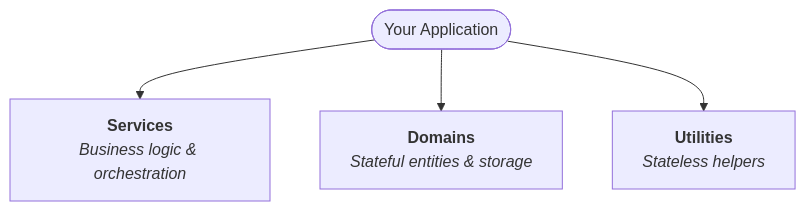
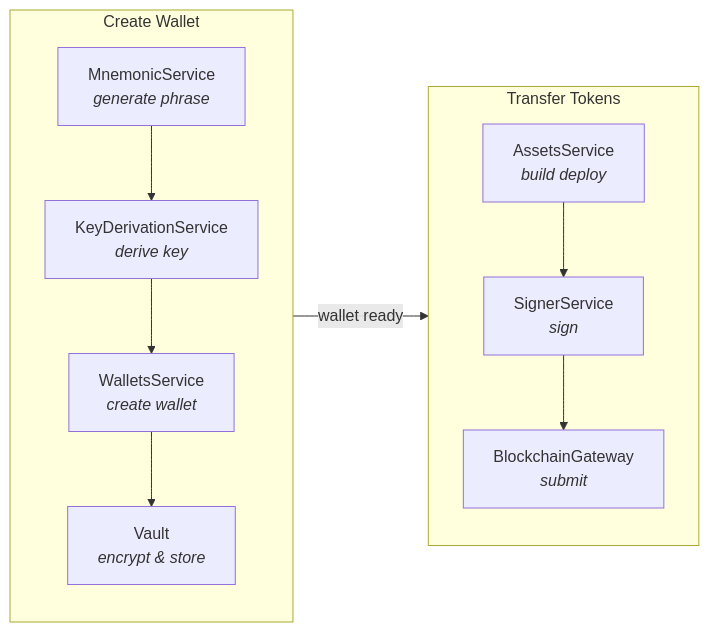
Before and after one commit to asi-alliance/asi-chain-docs-portal: the third of 5 diagrams in wallet-sdk/overview/index.md, drawn with Mermaid. The commit also changed other lines of this file, not shown here.

Commit message:
[AS-571] Improve Module Architecture diagram variations

````diff
--- a/wallet-sdk/overview/index.md
+++ b/wallet-sdk/overview/index.md
@@ -101,8 +154,21 @@
 ```mermaid
-flowchart TB
-    A(["Your Application"])
+flowchart LR
+    subgraph Create["Create Wallet"]
+        direction TB
+        M["MnemonicService<br/><i>generate phrase</i>"]
+        K["KeyDerivationService<br/><i>derive key</i>"]
+        W["WalletsService<br/><i>create wallet</i>"]
+        V["Vault<br/><i>encrypt &amp; store</i>"]
+        M --> K --> W --> V
+    end
 
-    A --> S["<b>Services</b><br/><i>Business logic &amp; orchestration</i>"]
-    A --> D["<b>Domains</b><br/><i>Stateful entities &amp; storage</i>"]
-    A --> U["<b>Utilities</b><br/><i>Stateless helpers</i>"]
+    subgraph Transfer["Transfer Tokens"]
+        direction TB
+        AS["AssetsService<br/><i>build deploy</i>"]
+        SG["SignerService<br/><i>sign</i>"]
+        GW["BlockchainGateway<br/><i>submit</i>"]
+        AS --> SG --> GW
+    end
+
+    Create -->|"wallet ready"| Transfer
 ```
````
